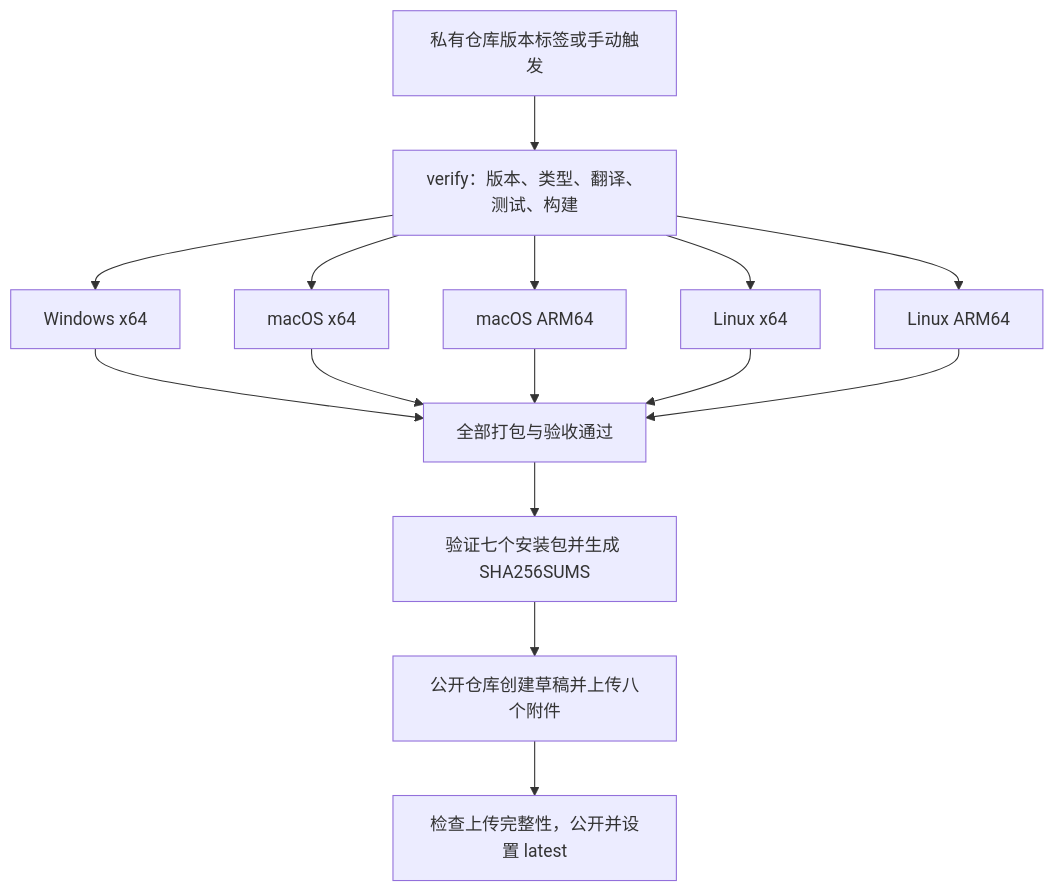
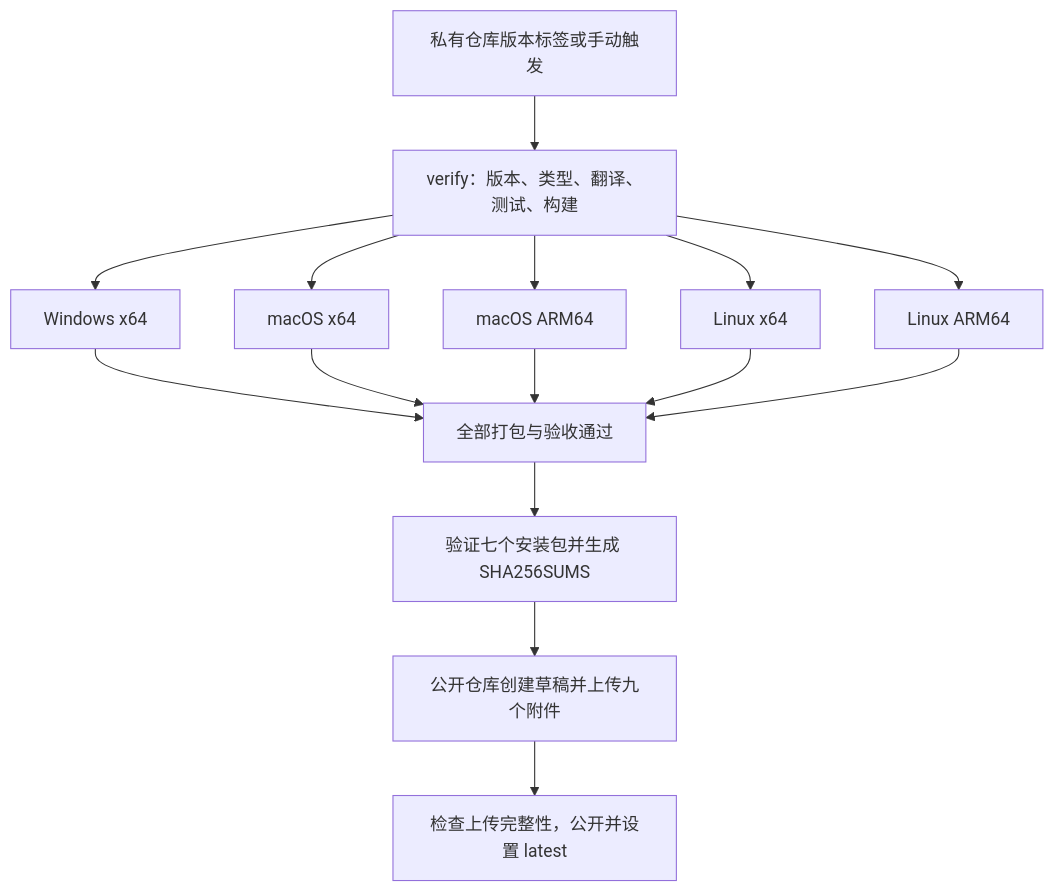
Before and after one commit to codehubcloud/hornet-remote-suite: the diagram in docs/Build_Package_Release_Guide.md, drawn with Mermaid. The commit also changed other lines of this file and 14 other files, not shown here.

````diff
--- a/docs/Build_Package_Release_Guide.md
+++ b/docs/Build_Package_Release_Guide.md
@@ -271,17 +271,17 @@
 ```mermaid
 flowchart TD
     A[私有仓库版本标签或手动触发] --> B[verify：版本、类型、翻译、测试、构建]
     B --> C[Windows x64]
     B --> D[macOS x64]
     B --> E[macOS ARM64]
     B --> F[Linux x64]
     B --> G[Linux ARM64]
     C --> H[全部打包与验收通过]
     D --> H
     E --> H
     F --> H
     G --> H
     H --> I[验证七个安装包并生成 SHA256SUMS]
-    I --> J[公开仓库创建草稿并上传八个附件]
+    I --> J[公开仓库创建草稿并上传九个附件]
     J --> K[检查上传完整性，公开并设置 latest]
 ```
````
